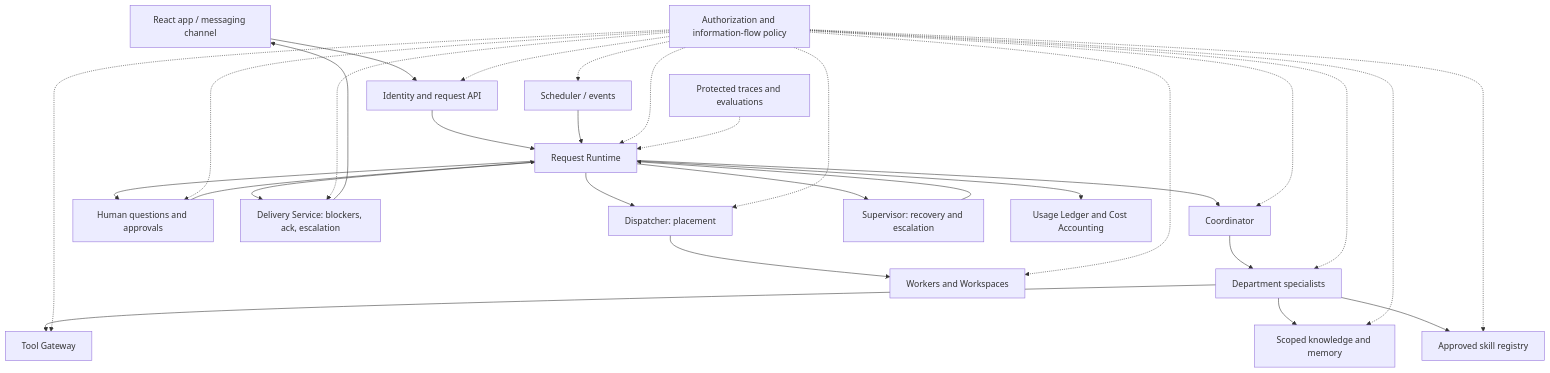
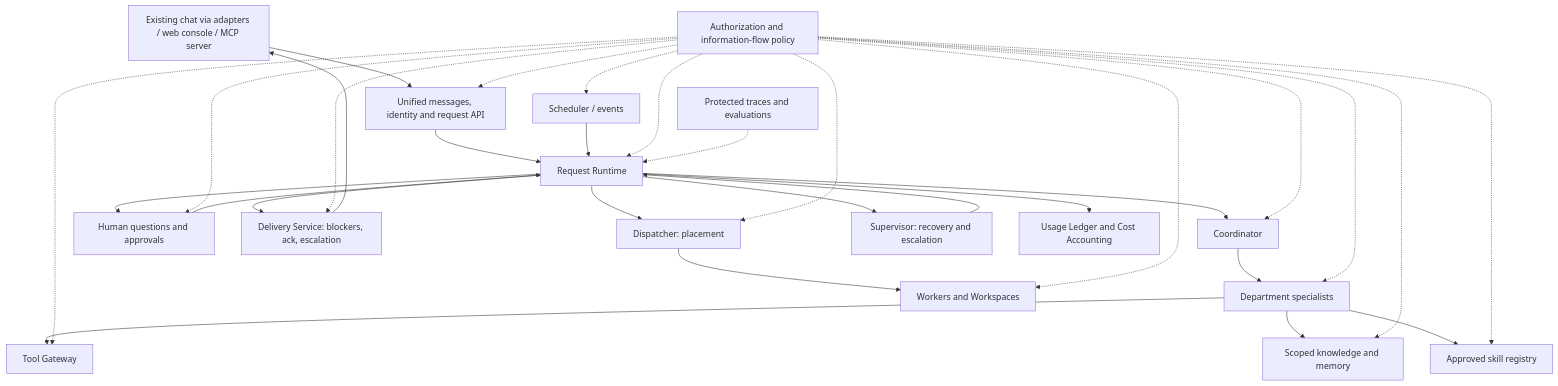
The first of 3 diagrams in docs/ARCHITECTURE.md (zAcherttp/se373-bizops), drawn with Mermaid before and after one commit. The commit also changed other lines of this file and 3 other files, not shown here.

First line of the commit message:
Reposition: a bot that works inside the company's existing chat

````diff
--- a/docs/ARCHITECTURE.md
+++ b/docs/ARCHITECTURE.md
@@ -57,33 +67,33 @@
 ```mermaid
 flowchart TD
-    A[React app / messaging channel] --> B[Identity and request API]
+    A[Existing chat via adapters / web console / MCP server] --> B[Unified messages, identity and request API]
     B --> C[Request Runtime]
     C --> D[Coordinator]
     D --> E[Department specialists]
     E --> F[Tool Gateway]
     E --> G[Scoped knowledge and memory]
     E --> H[Approved skill registry]
     C --> I[Human questions and approvals]
     I --> C
     J[Scheduler / events] --> C
     C --> K[Delivery Service: blockers, ack, escalation]
     K --> A
     C --> Z[Dispatcher: placement]
     Z --> X[Workers and Workspaces]
     C --> W[Supervisor: recovery and escalation]
     W --> C
     C --> V[Usage Ledger and Cost Accounting]
     L[Authorization and information-flow policy] -.-> B
     L -.-> C
     L -.-> D
     L -.-> E
     L -.-> F
     L -.-> G
     L -.-> H
     L -.-> I
     L -.-> J
     L -.-> K
     L -.-> X
     L -.-> Z
     M[Protected traces and evaluations] -.-> C
 ```
````
